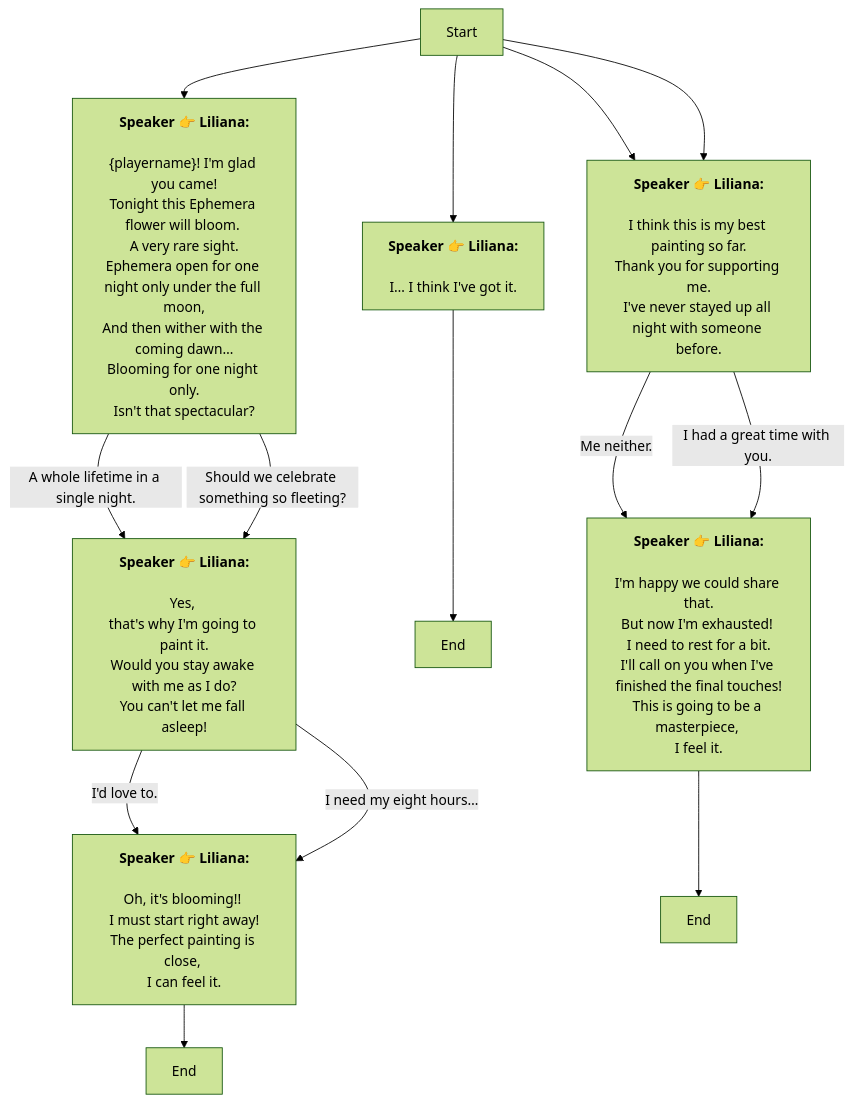
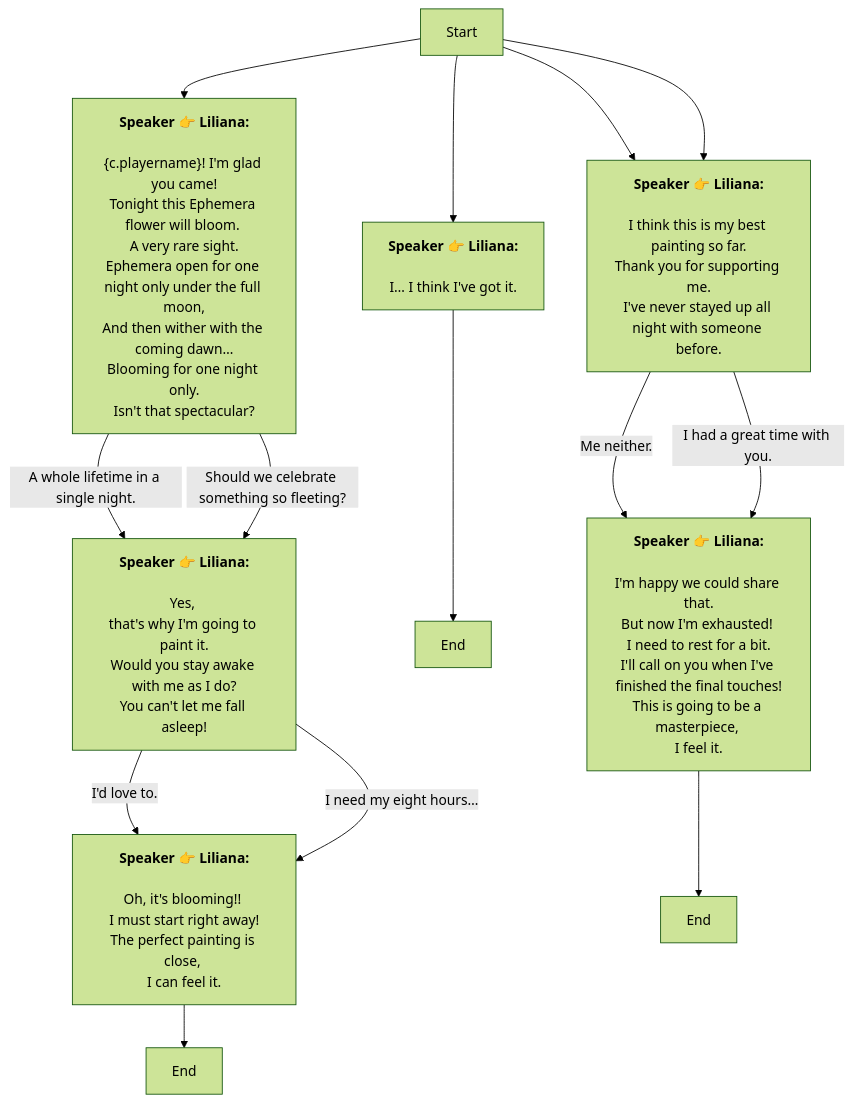
One commit to SoftHu/tos_avg changed the diagram in En/heart_4_2_4_5.md. Above: the diagram before and after it, drawn with Mermaid (forest theme). The commit also changed 410 other files, not shown here.

````diff
--- a/En/heart_4_2_4_5.md
+++ b/En/heart_4_2_4_5.md
@@ -1,49 +1,49 @@
 ```mermaid
 graph
 Start -->1768788757562892[<b>Speaker 👉 Liliana:</b>
-\n&lbrace;playername&rbrace;! I'm glad you came!
+\n&lbrace;c.playername&rbrace;! I'm glad you came!
 Tonight this Ephemera flower will bloom. 
 A very rare sight.\nEphemera open for one night only under the full moon,
 And then wither with the coming dawn…\nBlooming for one night only.
 Isn't that spectacular?]
 1768788757562892 -->|A whole lifetime in a single night.|1768788849912340[<b>Speaker 👉 Liliana:</b>
 \nYes, 
 that's why I'm going to paint it.\nWould you stay awake with me as I do?
 You can't let me fall asleep!]
 1768788757562892 -->|Should we celebrate something so fleeting?|1768788849912340[<b>Speaker 👉 Liliana:</b>
 \nYes, 
 that's why I'm going to paint it.\nWould you stay awake with me as I do?
 You can't let me fall asleep!]
 1768788849912340 -->|I'd love to.|1768789001263642[<b>Speaker 👉 Liliana:</b>
 \nOh, it's blooming!! 
 I must start right away!\nThe perfect painting is close, 
-I can feel it. ]
+I can feel it.]
 1768788849912340 -->|I need my eight hours…|1768789001263642[<b>Speaker 👉 Liliana:</b>
 \nOh, it's blooming!! 
 I must start right away!\nThe perfect painting is close, 
-I can feel it. ]
+I can feel it.]
 1768789001263642 -->1768789023575579[End]
 Start -->1768789165582878[<b>Speaker 👉 Liliana:</b>
 \nI… I think I've got it.]
 1768789165582878 -->1768789177871903[End]
 Start -->1768789204373025[<b>Speaker 👉 Liliana:</b>
 \nI think this is my best painting so far.
 Thank you for supporting me.\nI've never stayed up all night with someone before.]
 Start -->1768789204373025[<b>Speaker 👉 Liliana:</b>
 \nI think this is my best painting so far.
 Thank you for supporting me.\nI've never stayed up all night with someone before.]
 1768789204373025 -->|Me neither.|1768789338267180[<b>Speaker 👉 Liliana:</b>
 \nI'm happy we could share that.
 But now I'm exhausted! 
 I need to rest for a bit.\nI'll call on you when I've finished the final touches!
 This is going to be a masterpiece, 
 I feel it.]
 1768789204373025 -->|I had a great time with you.|1768789338267180[<b>Speaker 👉 Liliana:</b>
 \nI'm happy we could share that.
 But now I'm exhausted! 
 I need to rest for a bit.\nI'll call on you when I've finished the final touches!
 This is going to be a masterpiece, 
 I feel it.]
 1768789338267180 -->1768789376245293[End]
 
 ```
````
